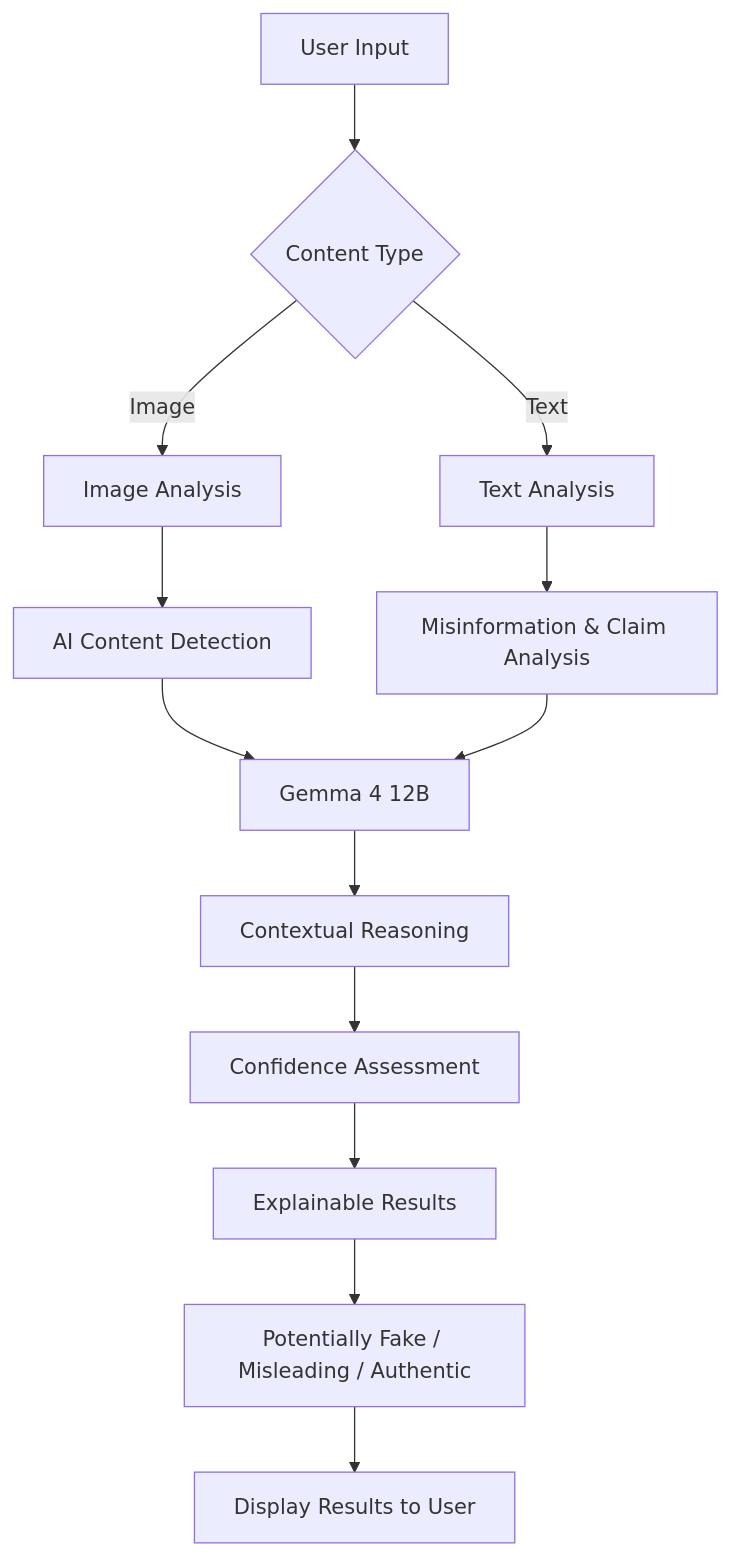
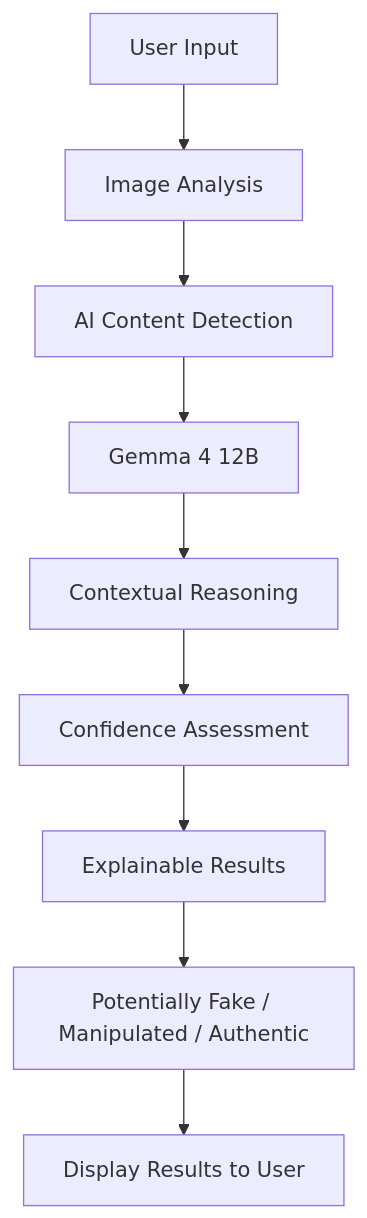
One commit to Sutharsan11308-git/hacktoberfest-hack-day-coimbatore-x-init-club-and-idea-club changed the diagram in README.md. Above: the diagram before and after it, drawn with Mermaid. The commit also changed other lines of this file, not shown here.

````diff
--- a/README.md
+++ b/README.md
@@ -56,19 +55,11 @@
 ```mermaid
 flowchart TD
-    A[User Input] --> B{Content Type}
-
-    B -->|Image| C[Image Analysis]
-    B -->|Text| D[Text Analysis]
-
-    C --> E[AI Content Detection]
-    D --> F[Misinformation & Claim Analysis]
-
-    E --> G[Gemma 4 12B]
-    F --> G
-
-    G --> H[Contextual Reasoning]
-    H --> I[Confidence Assessment]
-    I --> J[Explainable Results]
-    J --> K[Potentially Fake / Misleading / Authentic]
-    K --> L[Display Results to User]
+    A[User Input] --> B[Image Analysis]
+    B --> C[AI Content Detection]
+    C --> D[Gemma 4 12B]
+    D --> E[Contextual Reasoning]
+    E --> F[Confidence Assessment]
+    F --> G[Explainable Results]
+    G --> H[Potentially Fake / Manipulated / Authentic]
+    H --> I[Display Results to User]
 ```
````
